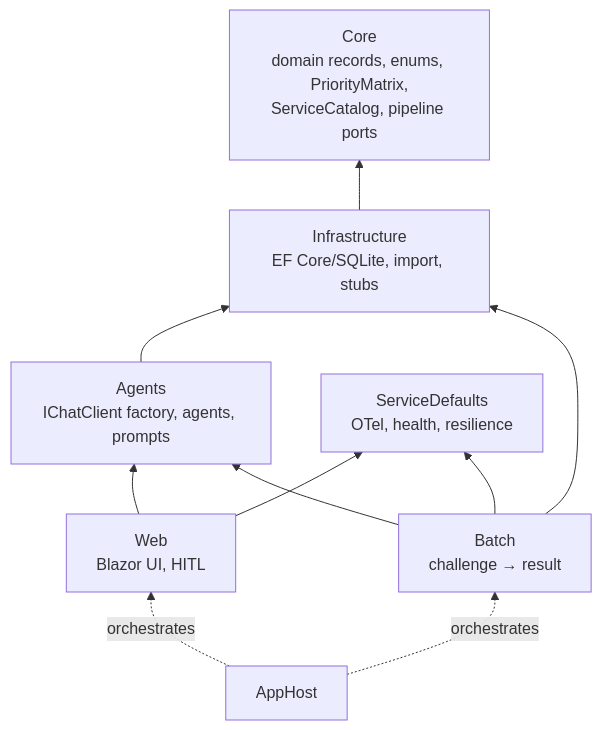
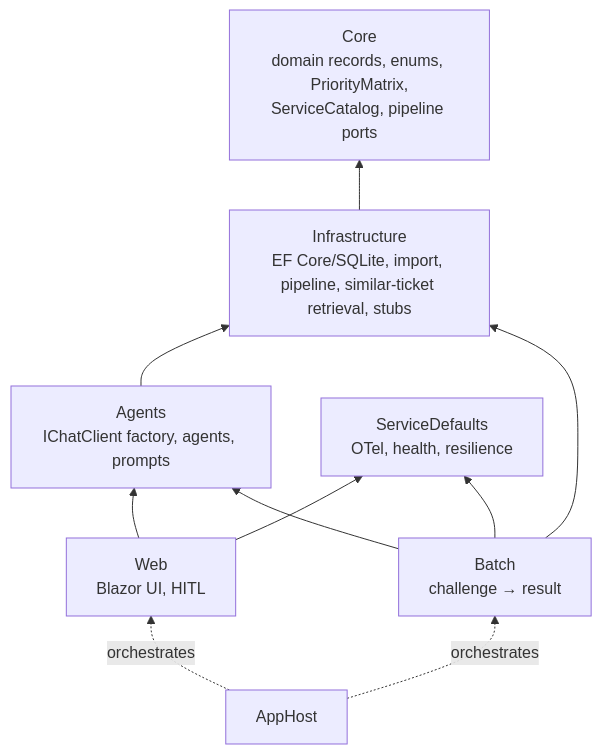
One commit to githubfawu/TriAIge changed the second of 7 diagrams in docs/architecture.md. Above: the diagram before and after it, drawn with Mermaid. The commit also changed other lines of this file and 51 other files, not shown here.

````diff
--- a/docs/architecture.md
+++ b/docs/architecture.md
@@ -40,20 +40,20 @@
 ```mermaid
 flowchart BT
     core["Core<br/>domain records, enums, PriorityMatrix,<br/>ServiceCatalog, pipeline ports"]
-    infra["Infrastructure<br/>EF Core/SQLite, import, stubs"]
+    infra["Infrastructure<br/>EF Core/SQLite, import, pipeline, similar-ticket retrieval, stubs"]
     agents["Agents<br/>IChatClient factory, agents, prompts"]
     web["Web<br/>Blazor UI, HITL"]
     batch["Batch<br/>challenge → result"]
     sd["ServiceDefaults<br/>OTel, health, resilience"]
     host["AppHost"]
 
     infra --> core
     agents --> infra
     web --> agents
     batch --> agents
     batch --> infra
     web --> sd
     batch --> sd
     host -. orchestrates .-> web
     host -. orchestrates .-> batch
 ```
````
